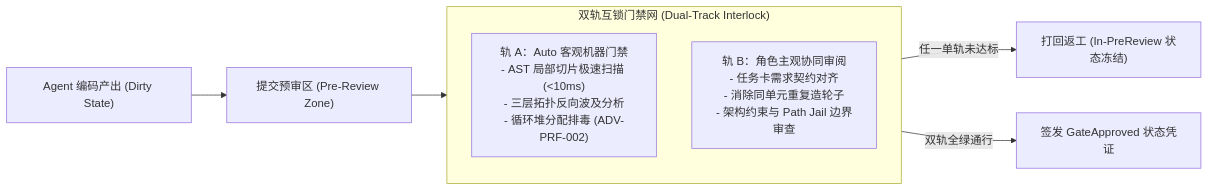
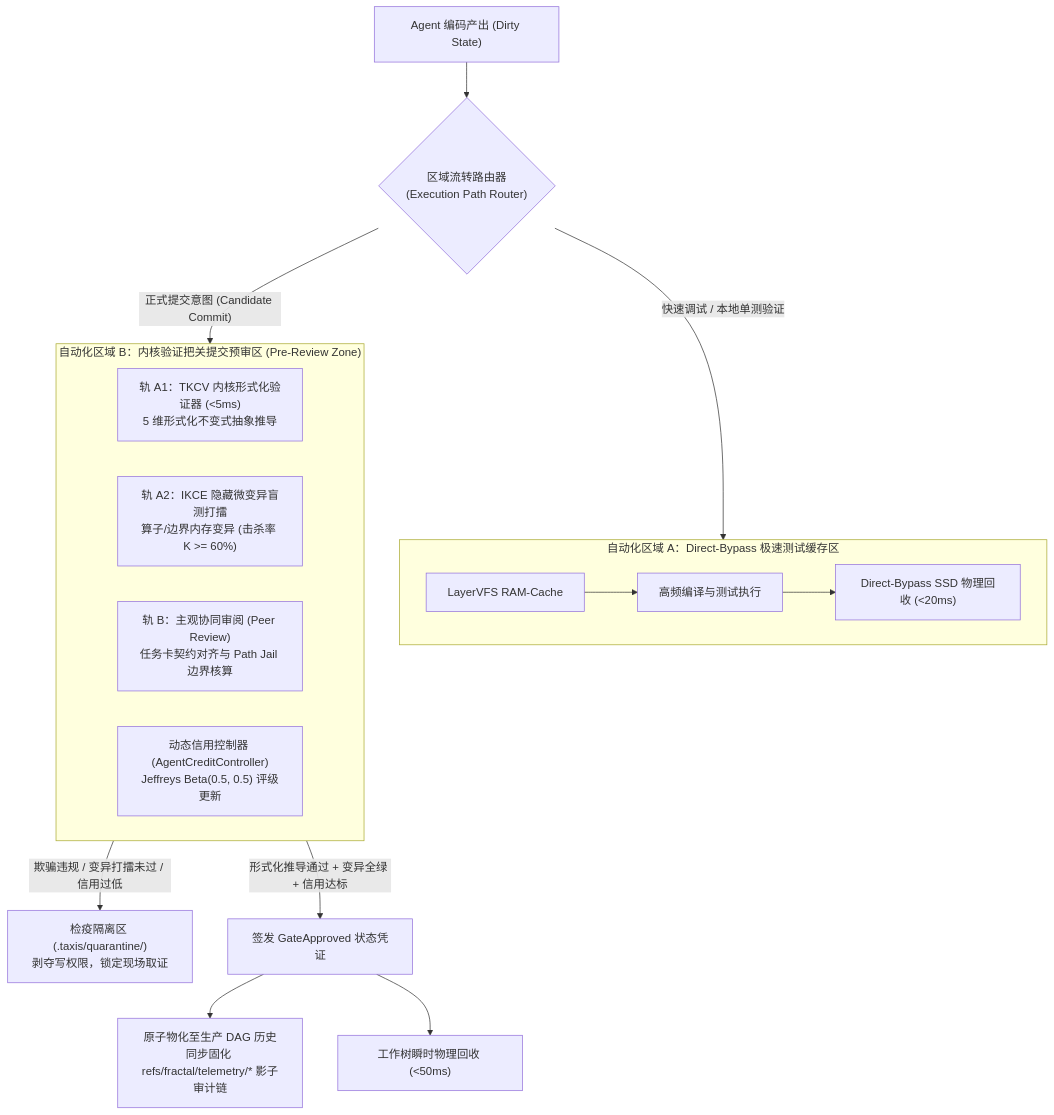
The first of 3 diagrams in fractal-git/docs/03-pre-review-zone-and-auto-gating.md (guilingzhouyi-creator/vscode-extensions), drawn with Mermaid before and after one commit. The commit also changed other lines of this file and 84 other files, not shown here.

````diff
--- a/fractal-git/docs/03-pre-review-zone-and-auto-gating.md
+++ b/fractal-git/docs/03-pre-review-zone-and-auto-gating.md
@@ -16,13 +19,25 @@
 ```mermaid
-flowchart LR
-  DIRTY["Agent 编码产出 (Dirty State)"] --> PRZ["提交预审区 (Pre-Review Zone)"]
+flowchart TD
+  DIRTY["Agent 编码产出 (Dirty State)"] --> ROUTER{"区域流转路由器<br/>(Execution Path Router)"}
   
-  subgraph DUAL_TRACK["双轨互锁门禁网 (Dual-Track Interlock)"]
-    AUTO["轨 A：Auto 客观机器门禁<br/>- AST 局部切片极速扫描 (<10ms)<br/>- 三层拓扑反向波及分析<br/>- 循环堆分配排毒 (ADV-PRF-002)"]
-    ROLE["轨 B：角色主观协同审阅<br/>- 任务卡需求契约对齐<br/>- 消除同单元重复造轮子<br/>- 架构约束与 Path Jail 边界审查"]
+  subgraph ZONE_A["自动化区域 A：Direct-Bypass 极速测试缓存区"]
+    CACHE_MEM["LayerVFS RAM-Cache"] --> RUN_TEST["高频编译与测试执行"]
+    RUN_TEST --> GC_QUICK["Direct-Bypass SSD 物理回收 (<20ms)"]
   end
 
-  PRZ --> DUAL_TRACK
-  DUAL_TRACK -->|"任一单轨未达标"| REWORK["打回返工 (In-PreReview 状态冻结)"]
-  DUAL_TRACK -->|"双轨全绿通行"| PASS["签发 GateApproved 状态凭证"]
+  subgraph ZONE_B["自动化区域 B：内核验证把关提交预审区 (Pre-Review Zone)"]
+    TKCV["轨 A1：TKCV 内核形式化验证器 (<5ms)<br/>5 维形式化不变式抽象推导"]
+    IKCE["轨 A2：IKCE 隐藏微变异盲测打擂<br/>算子/边界内存变异 (击杀率 K >= 60%)"]
+    ROLE["轨 B：主观协同审阅 (Peer Review)<br/>任务卡契约对齐与 Path Jail 边界核算"]
+    CREDIT["动态信用控制器 (AgentCreditController)<br/>Jeffreys Beta(0.5, 0.5) 评级更新"]
+  end
+
+  ROUTER -->|"快速调试 / 本地单测验证"| ZONE_A
+  ROUTER -->|"正式提交意图 (Candidate Commit)"| ZONE_B
+
+  ZONE_B -->|"欺骗违规 / 变异打擂未过 / 信用过低"| QUARANTINE["检疫隔离区 (.taxis/quarantine/)<br/>剥夺写权限，锁定现场取证"]
+  ZONE_B -->|"形式化推导通过 + 变异全绿 + 信用达标"| GATE_PASS["签发 GateApproved 状态凭证"]
+
+  GATE_PASS --> ATOMIC_COMMIT["原子物化至生产 DAG 历史<br/>同步固化 refs/fractal/telemetry/* 影子审计链"]
+  GATE_PASS --> GC_PRZ["工作树瞬时物理回收 (<50ms)"]
 ```
````
